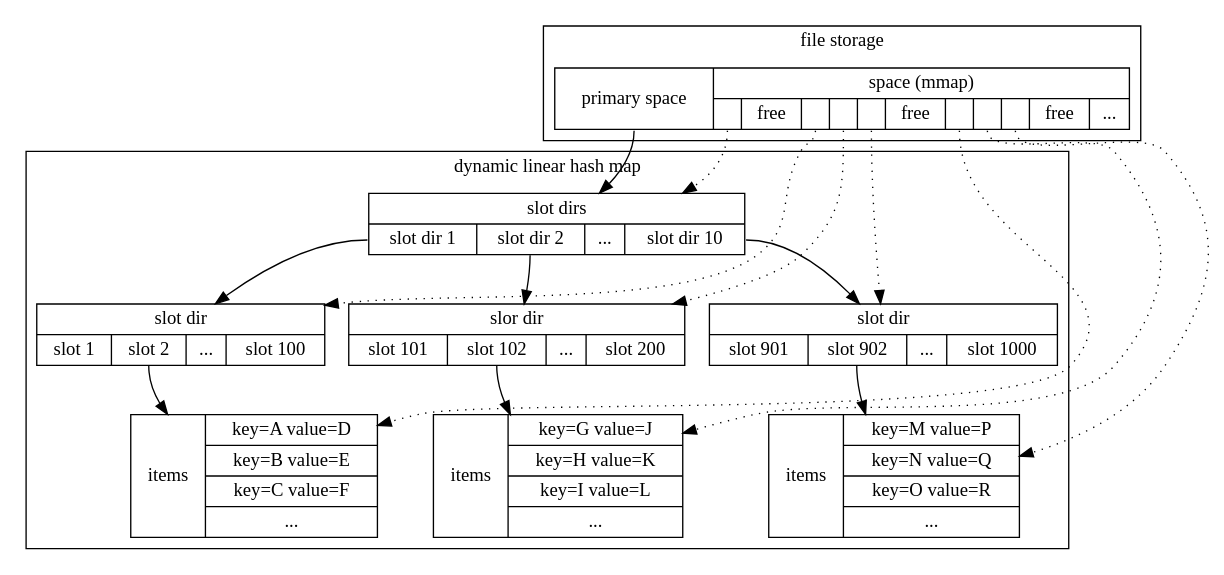
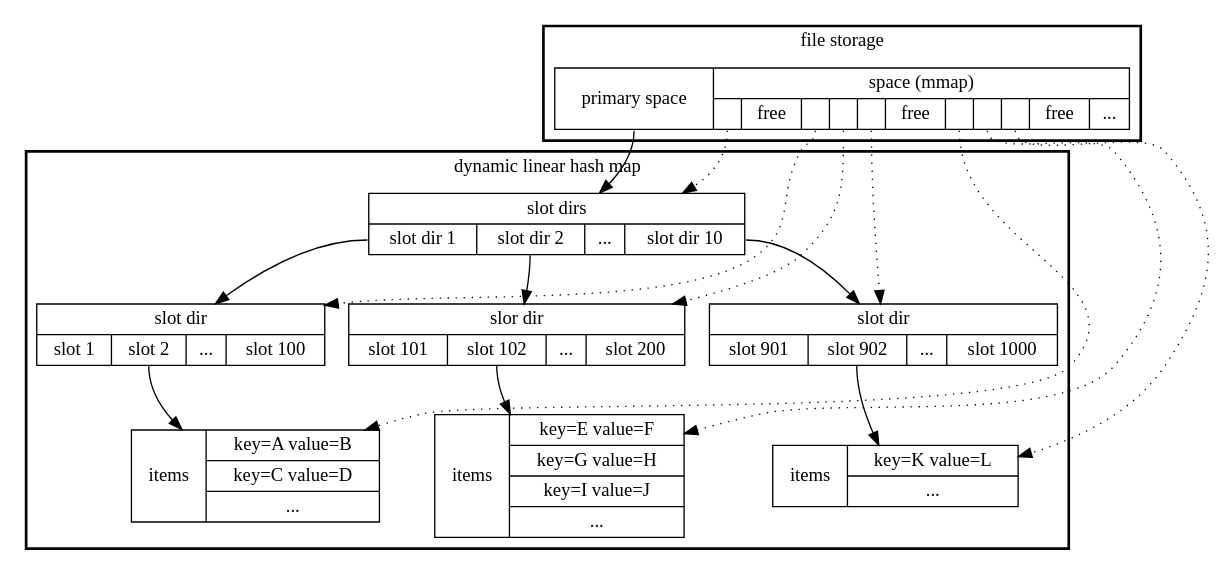
One commit to roy2220/plainkv changed the diagram in docs/architecture.dot. Above: the diagram before and after it, drawn with Graphviz. The commit also changed 1 other file, not shown here.

Commit message:
Update architecture diagram

```diff
--- a/docs/architecture.dot
+++ b/docs/architecture.dot
@@ -1,37 +1,39 @@
 digraph G {
-  node [shape=record];
+  node [shape = record];
 
   subgraph cluster1 {
     label = "file storage"
+    style = bold
 
     file_storage [label = "<p1>primary space|{space (mmap)|{<p2>|free|<p3>|<p4>|<p5>|free|<p6>|<p7>|<p8>|free|...}}"]
   }
 
   subgraph cluster2 {
     label = "dynamic linear hash map"
+    style = bold
 
     slot_dirs [label = "{slot dirs|{<p1>slot dir 1|<p2>slot dir 2|...|<p3>slot dir 10}}"]
     slot_dir1 [label = "{slot dir|{<p1>slot 1|<p2>slot 2|...|<p3>slot 100}}"]
     slot_dir2 [label = "{slor dir|{<p1>slot 101|<p2>slot 102|...|<p3>slot 200}}"]
     slot_dir3 [label = "{slot dir|{<p1>slot 901|<p2>slot 902|...|<p3>slot 1000}}"]
-    items1 [label = "items|{key=A value=D|key=B value=E|key=C value=F|...}"]
-    items2 [label = "items|{key=G value=J|key=H value=K|key=I value=L|...}"]
-    items3 [label = "items|{key=M value=P|key=N value=Q|key=O value=R|...}"]
+    items1 [label = "items|{key=A value=B|key=C value=D|...}"]
+    items2 [label = "items|{key=E value=F|key=G value=H|key=I value=J|...}"]
+    items3 [label = "items|{key=K value=L|...}"]
 
     slot_dirs:p1 -> slot_dir1
     slot_dirs:p2 -> slot_dir2
     slot_dirs:p3 -> slot_dir3
     slot_dir1:p2 -> items1
     slot_dir2:p2 -> items2
     slot_dir3:p2 -> items3
   }
 
   file_storage:p1 -> slot_dirs
-  file_storage:p2 -> slot_dirs [style=dotted]
-  file_storage:p3 -> slot_dir1 [style=dotted]
-  file_storage:p4 -> slot_dir2 [style=dotted]
-  file_storage:p5 -> slot_dir3 [style=dotted]
-  file_storage:p6 -> items1 [style=dotted]
-  file_storage:p7 -> items2 [style=dotted]
-  file_storage:p8 -> items3 [style=dotted]
+  file_storage:p2 -> slot_dirs [style = dotted]
+  file_storage:p3 -> slot_dir1 [style = dotted]
+  file_storage:p4 -> slot_dir2 [style = dotted]
+  file_storage:p5 -> slot_dir3 [style = dotted]
+  file_storage:p6 -> items1 [style = dotted]
+  file_storage:p7 -> items2 [style = dotted]
+  file_storage:p8 -> items3 [style = dotted]
 }
```
